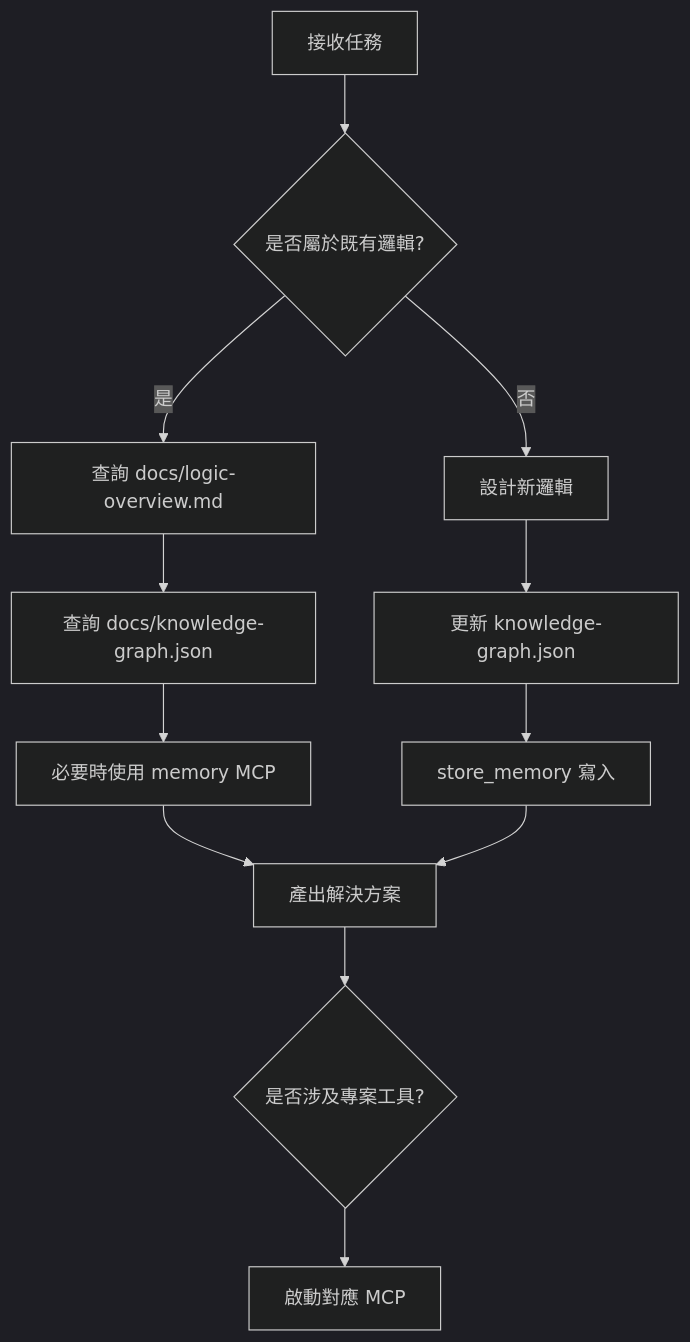
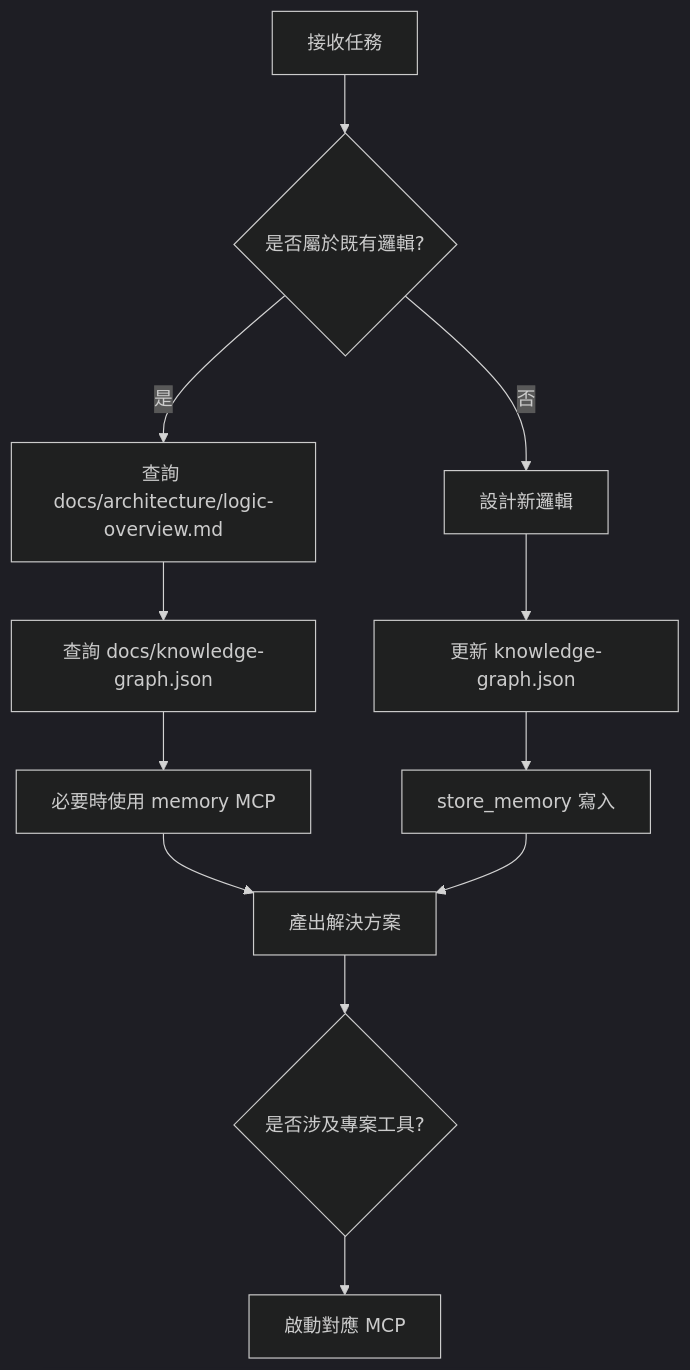
The diagram in .github/copilot-instructions.md (7Spade/xuanwu), drawn with Mermaid (dark theme) before and after one commit. The commit also changed other lines of this file and 1 other file, not shown here.

````diff
--- a/.github/copilot-instructions.md
+++ b/.github/copilot-instructions.md
@@ -37,18 +41,18 @@
 ```mermaid
 flowchart TD
 
 A[接收任務] --> B{是否屬於既有邏輯?}
 
-B -- 是 --> C[查詢 docs/logic-overview.md]
+B -- 是 --> C[查詢 docs/architecture/logic-overview.md]
 C --> D[查詢 docs/knowledge-graph.json]
 D --> E[必要時使用 memory MCP]
 E --> F[產出解決方案]
 
 B -- 否 --> G[設計新邏輯]
 G --> H[更新 knowledge-graph.json]
 H --> I[store_memory 寫入]
 I --> F
 
 F --> J{是否涉及專案工具?}
 J --> K[啟動對應 MCP]
 ```
````
